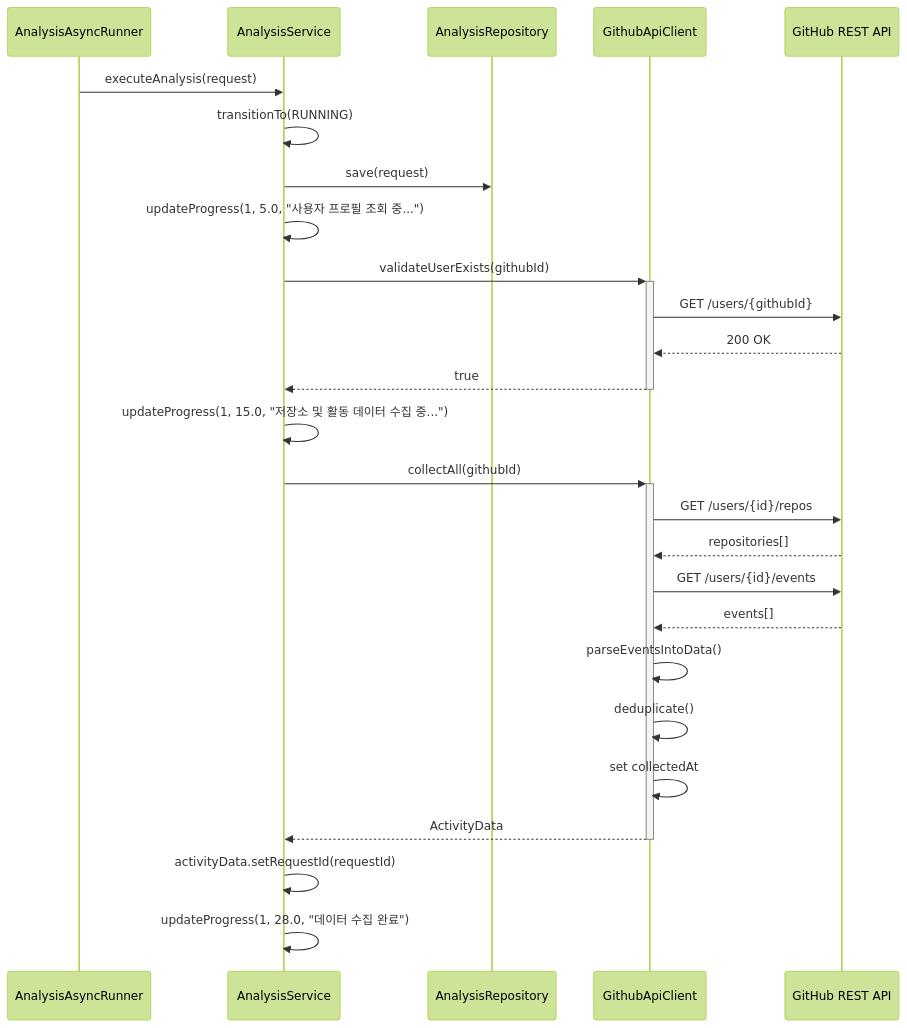
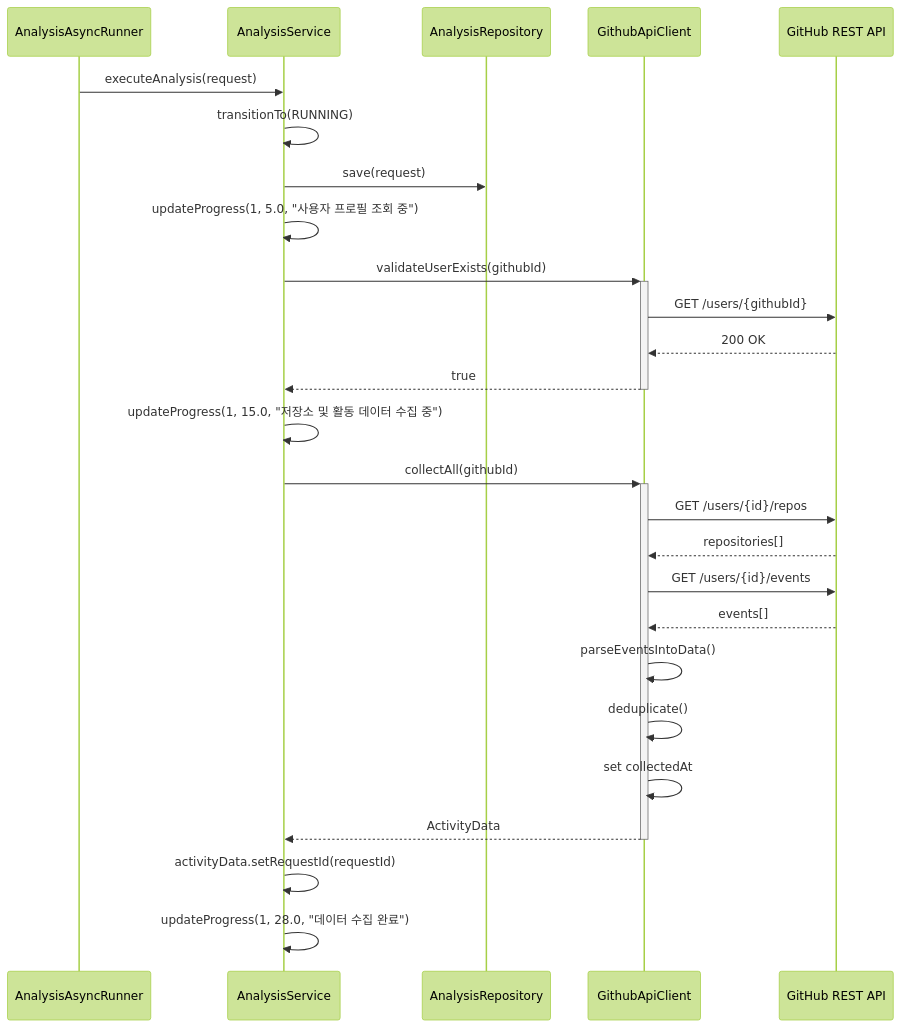
One commit to NotHyoone/OSS_Design changed diagram 14 of 20 in docs/project/[Design]22212046_안효원.md. Above: the diagram before and after it, drawn with Mermaid (forest theme). The commit also changed other lines of this file and 4 other files, not shown here.

Commit message:
docs: sync project diagrams with implementation

````diff
--- a/docs/project/[Design]22212046_안효원.md
+++ b/docs/project/[Design]22212046_안효원.md
@@ -1741,32 +1746,32 @@
 ```mermaid
 sequenceDiagram
     participant AsyncRunner as AnalysisAsyncRunner
     participant AnalysisSvc as AnalysisService
     participant Repo as AnalysisRepository
     participant GithubClient as GithubApiClient
     participant GitHubAPI as GitHub REST API
 
     AsyncRunner->>AnalysisSvc: executeAnalysis(request)
     AnalysisSvc->>AnalysisSvc: transitionTo(RUNNING)
     AnalysisSvc->>Repo: save(request)
-    AnalysisSvc->>AnalysisSvc: updateProgress(1, 5.0, "사용자 프로필 조회 중...")
+    AnalysisSvc->>AnalysisSvc: updateProgress(1, 5.0, "사용자 프로필 조회 중")
 
     AnalysisSvc->>+GithubClient: validateUserExists(githubId)
     GithubClient->>GitHubAPI: GET /users/{githubId}
     GitHubAPI-->>GithubClient: 200 OK
     GithubClient-->>-AnalysisSvc: true
 
-    AnalysisSvc->>AnalysisSvc: updateProgress(1, 15.0, "저장소 및 활동 데이터 수집 중...")
+    AnalysisSvc->>AnalysisSvc: updateProgress(1, 15.0, "저장소 및 활동 데이터 수집 중")
     AnalysisSvc->>+GithubClient: collectAll(githubId)
     GithubClient->>GitHubAPI: GET /users/{id}/repos
     GitHubAPI-->>GithubClient: repositories[]
     GithubClient->>GitHubAPI: GET /users/{id}/events
     GitHubAPI-->>GithubClient: events[]
     GithubClient->>GithubClient: parseEventsIntoData()
     GithubClient->>GithubClient: deduplicate()
     GithubClient->>GithubClient: set collectedAt
     GithubClient-->>-AnalysisSvc: ActivityData
 
     AnalysisSvc->>AnalysisSvc: activityData.setRequestId(requestId)
     AnalysisSvc->>AnalysisSvc: updateProgress(1, 28.0, "데이터 수집 완료")
 ```
````
